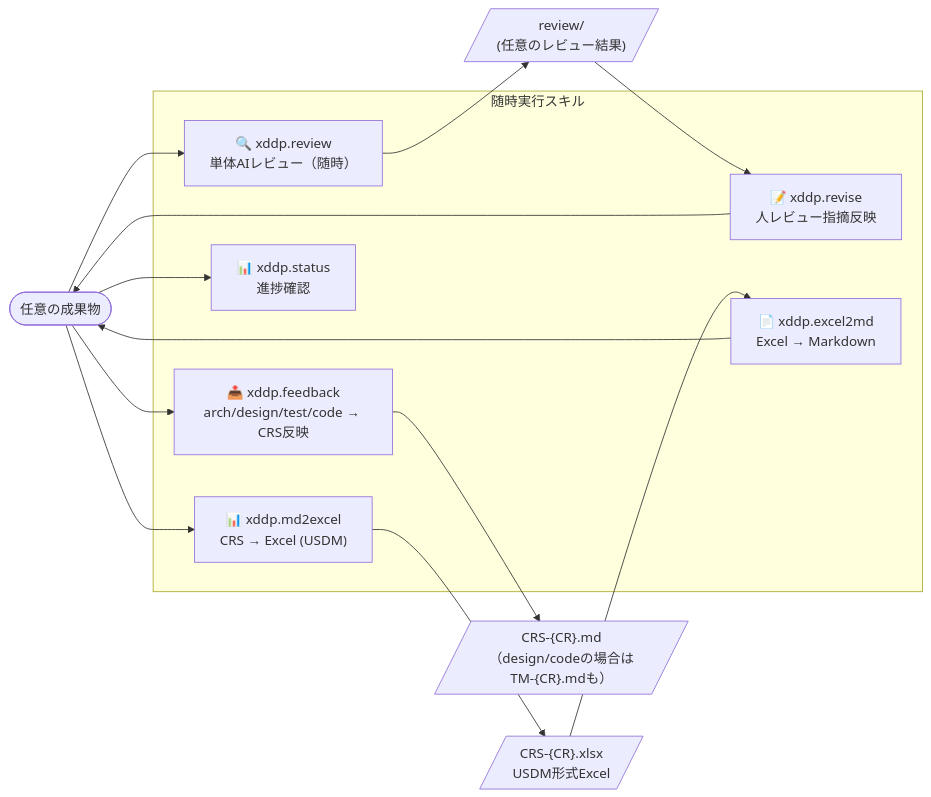
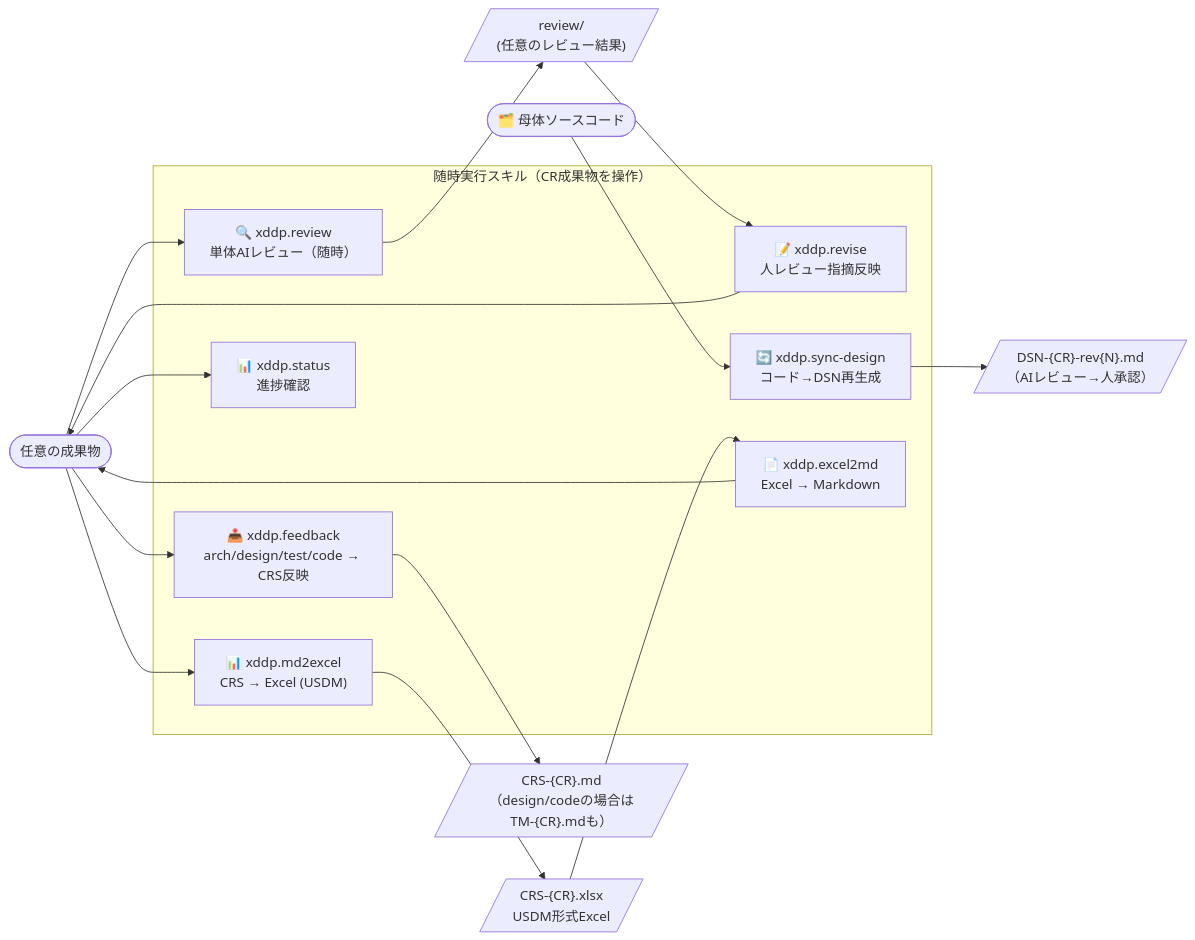
The fourth of 5 diagrams in docs/xddp-process-dfd.md (tsuna44/XddpSettings), drawn with Mermaid before and after one commit. The commit also changed other lines of this file and 8 other files, not shown here.

````diff
--- a/docs/xddp-process-dfd.md
+++ b/docs/xddp-process-dfd.md
@@ -189,24 +204,28 @@
 ```mermaid
 flowchart LR
     DOC(["任意の成果物"])
+    SRC2(["🗂️ 母体ソースコード"])
 
-    subgraph UTILS["随時実行スキル"]
+    subgraph UTILS["随時実行スキル（CR成果物を操作）"]
         REV["🔍 xddp.review<br/>単体AIレビュー（随時）"]
         RVS["📝 xddp.revise<br/>人レビュー指摘反映"]
         FDB["📤 xddp.feedback<br/>arch/design/test/code → CRS反映"]
+        SYNC["🔄 xddp.sync-design<br/>コード→DSN再生成"]
         STS["📊 xddp.status<br/>進捗確認"]
         M2E["📊 xddp.md2excel<br/>CRS → Excel (USDM)"]
         E2M["📄 xddp.excel2md<br/>Excel → Markdown"]
     end
 
     REVIEW_OUT[/"review/<br/>(任意のレビュー結果)"/]
     EXCEL_OUT[/"CRS-{CR}.xlsx<br/>USDM形式Excel"/]
     CRS_OUT[/"CRS-{CR}.md<br/>（design/codeの場合はTM-{CR}.mdも）"/]
+    DSN_REV_OUT[/"DSN-{CR}-rev{N}.md<br/>（AIレビュー→人承認）"/]
 
     DOC --> REV --> REVIEW_OUT
     REVIEW_OUT --> RVS --> DOC
     DOC --> FDB --> CRS_OUT
+    SRC2 --> SYNC --> DSN_REV_OUT
     DOC --> STS
     DOC --> M2E --> EXCEL_OUT
     EXCEL_OUT --> E2M --> DOC
 ```
````
